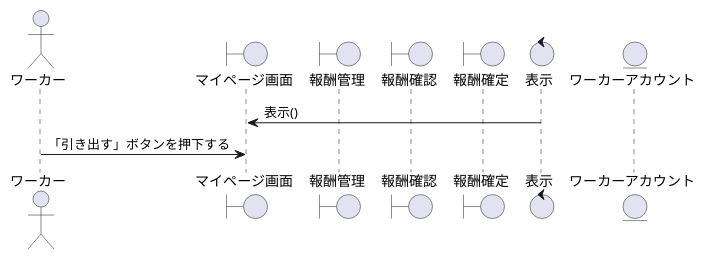
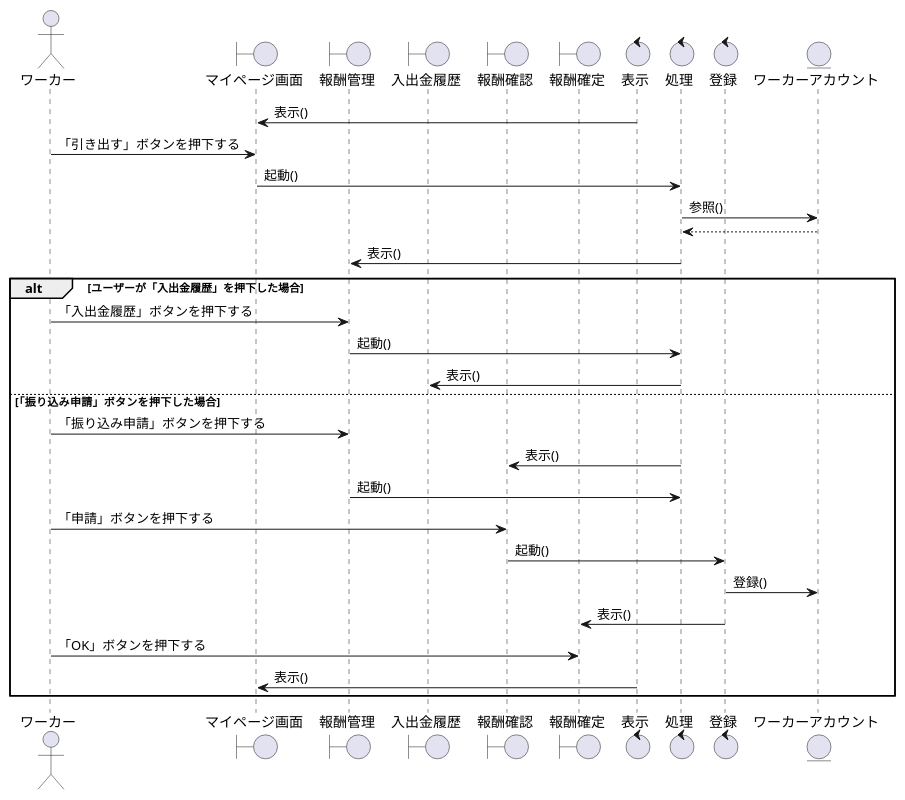
The diagram in sequence_fig/7_acconts_fn/03_ウォレット残高を引き出す.pu (irukacb256/high_Me), drawn with PlantUML before and after one commit. The commit also changed 13 other files, not shown here.

```diff
--- a/sequence_fig/7_acconts_fn/03_ウォレット残高を引き出す.pu
+++ b/sequence_fig/7_acconts_fn/03_ウォレット残高を引き出す.pu
@@ -1,20 +1,44 @@
 @startuml ウォレット残高を引き出す
 
 ' 1
 actor ワーカー as wo1
 
 boundary マイページ画面 as bo1
 boundary 報酬管理 as bo2
+boundary 入出金履歴 as bo5
 boundary 報酬確認 as bo3
 boundary 報酬確定 as bo4
 
 control 表示 as co1
+control 処理 as co2
+control 登録 as co3
 
 entity ワーカーアカウント as en1
 
 co1 -> bo1:表示()
 wo1 -> bo1:「引き出す」ボタンを押下する
+bo1 -> co2:起動()
+co2 -> en1:参照()
+en1 --> co2
+co2 -> bo2:表示()
 
+alt ユーザーが「入出金履歴」を押下した場合
+  wo1 -> bo2:「入出金履歴」ボタンを押下する
+  bo2 -> co2:起動()
+  co2 -> bo5:表示()
 
+else  「振り込み申請」ボタンを押下した場合
+  wo1 -> bo2:「振り込み申請」ボタンを押下する
+
+  co2 -> bo3:表示()
+  bo2 -> co2:起動()
+  wo1 -> bo3:「申請」ボタンを押下する
+  bo3 -> co3:起動()
+  co3 -> en1:登録()
+  co3 -> bo4:表示()
+
+  wo1 -> bo4:「OK」ボタンを押下する
+  co1 -> bo1:表示()
+end
 
 @enduml
```
